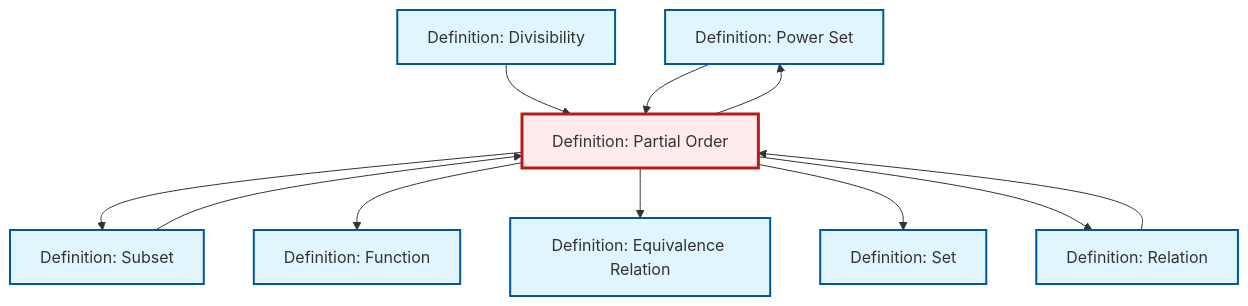
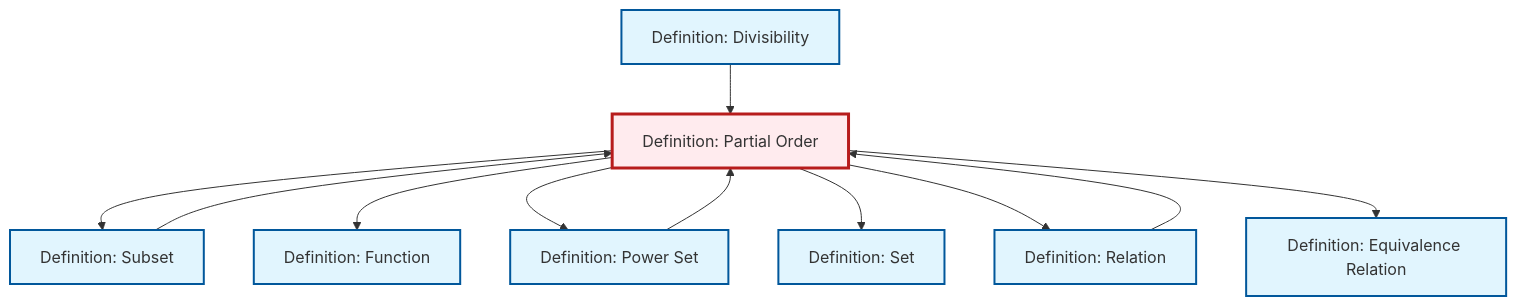
The diagram in content/en/logic-set-theory/def-partial-order.qmd (RK0429/ModernMath), drawn with Mermaid before and after one commit. The commit also changed other lines of this file and 328 other files, not shown here.

````diff
--- a/content/en/logic-set-theory/def-partial-order.qmd
+++ b/content/en/logic-set-theory/def-partial-order.qmd
@@ -156,35 +156,35 @@
 ```{mermaid}
 %%| fig-cap: "Local dependency graph"
 graph TD
     classDef definition fill:#e1f5fe,stroke:#01579b,stroke-width:2px
     classDef theorem fill:#f3e5f5,stroke:#4a148c,stroke-width:2px
     classDef axiom fill:#fff3e0,stroke:#e65100,stroke-width:2px
     classDef example fill:#e8f5e9,stroke:#1b5e20,stroke-width:2px
     classDef current fill:#ffebee,stroke:#b71c1c,stroke-width:3px
-    def-set["Definition: Set"]:::definition
-    def-power-set["Definition: Power Set"]:::definition
     def-partial-order["Definition: Partial Order"]:::definition
     def-function["Definition: Function"]:::definition
+    def-set["Definition: Set"]:::definition
+    def-relation["Definition: Relation"]:::definition
+    def-divisibility["Definition: Divisibility"]:::definition
     def-subset["Definition: Subset"]:::definition
     def-equivalence-relation["Definition: Equivalence Relation"]:::definition
-    def-relation["Definition: Relation"]:::definition
-    def-divisibility["Definition: Divisibility"]:::definition
+    def-power-set["Definition: Power Set"]:::definition
     def-partial-order --> def-subset
+    def-power-set --> def-partial-order
     def-partial-order --> def-function
+    def-relation --> def-partial-order
+    def-partial-order --> def-power-set
     def-subset --> def-partial-order
+    def-partial-order --> def-set
+    def-partial-order --> def-relation
     def-partial-order --> def-equivalence-relation
-    def-relation --> def-partial-order
     def-divisibility --> def-partial-order
-    def-partial-order --> def-set
-    def-partial-order --> def-power-set
-    def-power-set --> def-partial-order
-    def-partial-order --> def-relation
     class def-partial-order current
+    click def-function "def-function.html" "Go to Function definition"
     click def-set "def-set.html" "Go to Set definition"
-    click def-power-set "def-power-set.html" "Go to Power Set definition"
-    click def-function "def-function.html" "Go to Function definition"
+    click def-relation "def-relation.html" "Go to Relation definition"
+    click def-divisibility "def-divisibility.html" "Go to Divisibility definition"
     click def-subset "def-subset.html" "Go to Subset definition"
     click def-equivalence-relation "def-equivalence-relation.html" "Go to Equivalence Relation definition"
-    click def-relation "def-relation.html" "Go to Relation definition"
-    click def-divisibility "def-divisibility.html" "Go to Divisibility definition"
+    click def-power-set "def-power-set.html" "Go to Power Set definition"
 ```
````
